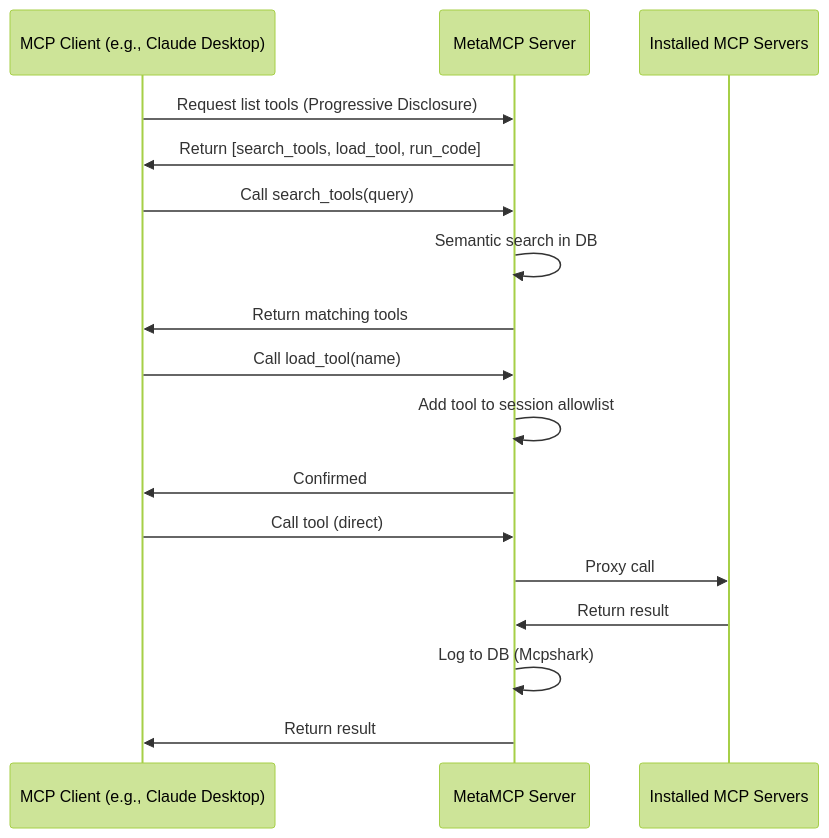
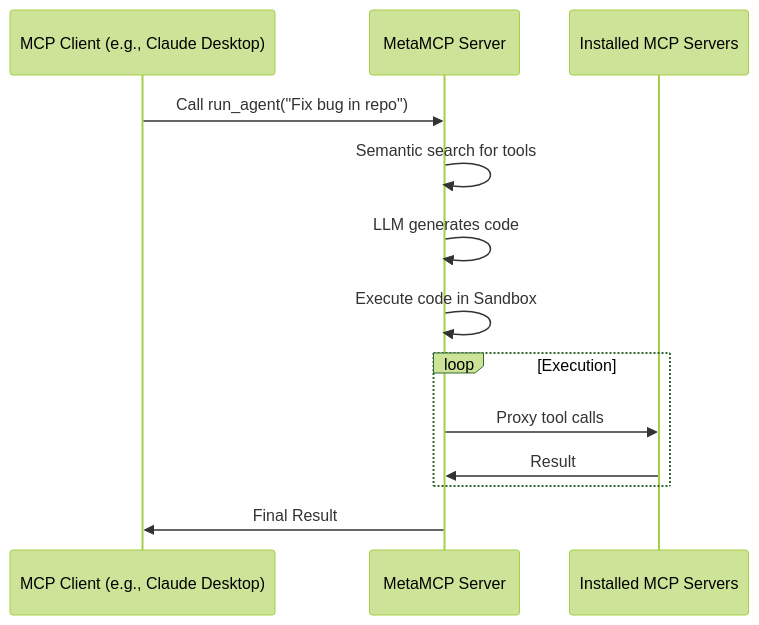
One commit to robertpelloni/metamcp changed the diagram in README.md. Above: the diagram before and after it, drawn with Mermaid (forest theme). The commit also changed other lines of this file and 6 other files, not shown here.

````diff
--- a/README.md
+++ b/README.md
@@ -415,23 +145,16 @@
 ```mermaid
 sequenceDiagram
     participant MCPClient as MCP Client (e.g., Claude Desktop)
     participant MetaMCP as MetaMCP Server
     participant MCPServers as Installed MCP Servers
 
-    MCPClient ->> MetaMCP: Request list tools (Progressive Disclosure)
-    MetaMCP ->> MCPClient: Return [search_tools, load_tool, run_code]
-
-    MCPClient ->> MetaMCP: Call search_tools(query)
-    MetaMCP ->> MetaMCP: Semantic search in DB
-    MetaMCP ->> MCPClient: Return matching tools
-
-    MCPClient ->> MetaMCP: Call load_tool(name)
-    MetaMCP ->> MetaMCP: Add tool to session allowlist
-    MetaMCP ->> MCPClient: Confirmed
-
-    MCPClient ->> MetaMCP: Call tool (direct)
-    MetaMCP ->> MCPServers: Proxy call
-    MCPServers ->> MetaMCP: Return result
-    MetaMCP ->> MetaMCP: Log to DB (Mcpshark)
-    MetaMCP ->> MCPClient: Return result
+    MCPClient ->> MetaMCP: Call run_agent("Fix bug in repo")
+    MetaMCP ->> MetaMCP: Semantic search for tools
+    MetaMCP ->> MetaMCP: LLM generates code
+    MetaMCP ->> MetaMCP: Execute code in Sandbox
+    loop Execution
+        MetaMCP ->> MCPServers: Proxy tool calls
+        MCPServers ->> MetaMCP: Result
+    end
+    MetaMCP ->> MCPClient: Final Result
 ```
````
